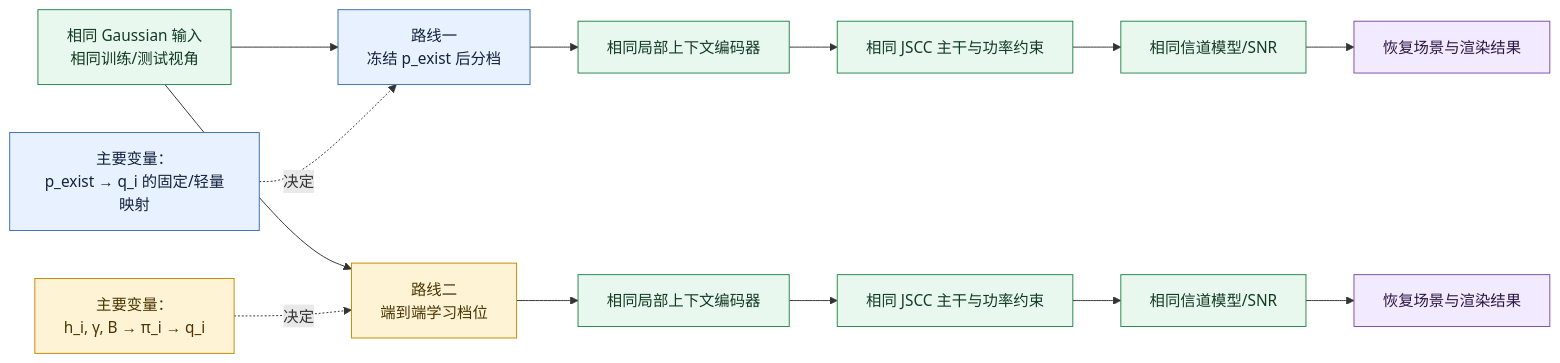
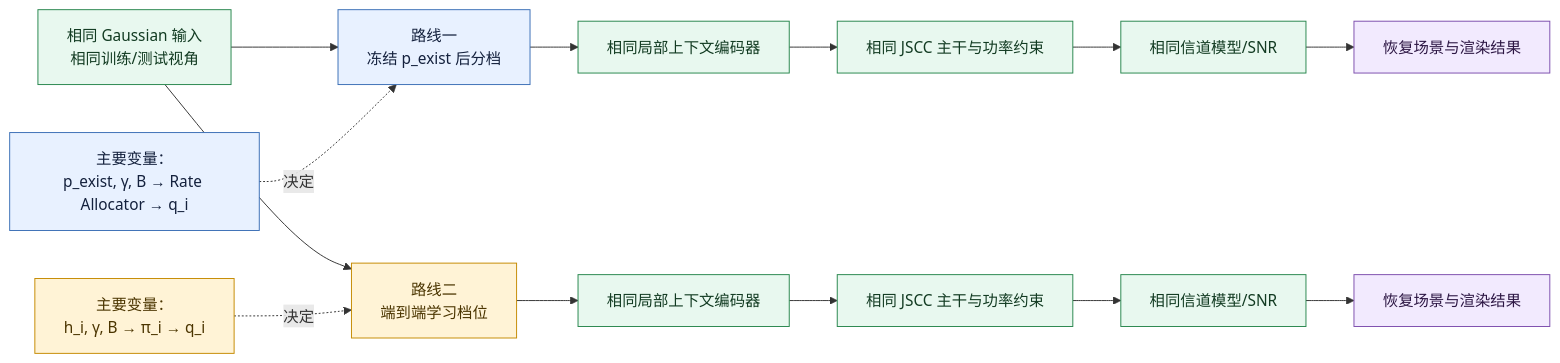
Before and after one commit to Primal555/3dgs-importance: the third of 3 diagrams in docs/gaussian_jscc_route_flowcharts.md, drawn with Mermaid. The commit also changed other lines of this file, not shown here.

Commit message:
Add MaskGaussian JSCC route flowcharts

````diff
--- a/docs/gaussian_jscc_route_flowcharts.md
+++ b/docs/gaussian_jscc_route_flowcharts.md
@@ -161,26 +186,26 @@
 ```mermaid
 flowchart LR
     X[相同 Gaussian 输入<br/>相同训练/测试视角] --> R1[路线一<br/>冻结 p_exist 后分档]
     X --> R2[路线二<br/>端到端学习档位]
 
     R1 --> S1[相同局部上下文编码器]
     R2 --> S2[相同局部上下文编码器]
     S1 --> J1[相同 JSCC 主干与功率约束]
     S2 --> J2[相同 JSCC 主干与功率约束]
     J1 --> C1[相同信道模型/SNR]
     J2 --> C2[相同信道模型/SNR]
     C1 --> O1[恢复场景与渲染结果]
     C2 --> O2[恢复场景与渲染结果]
 
-    P1[主要变量：<br/>p_exist → q_i 的固定/轻量映射] -.决定.-> R1
+    P1[主要变量：<br/>p_exist, γ, B → Rate Allocator → q_i] -.决定.-> R1
     P2[主要变量：<br/>h_i, γ, B → π_i → q_i] -.决定.-> R2
 
     classDef shared fill:#E8F8EF,stroke:#27864D,color:#123B22;
     classDef route1 fill:#E8F1FF,stroke:#3B6FB6,color:#14213D;
     classDef route2 fill:#FFF3D6,stroke:#C58A00,color:#4B3500;
     classDef output fill:#F2EAFE,stroke:#7C4DAD,color:#2D1744;
     class X,S1,S2,J1,J2,C1,C2 shared;
     class R1,P1 route1;
     class R2,P2 route2;
     class O1,O2 output;
 ```
````
